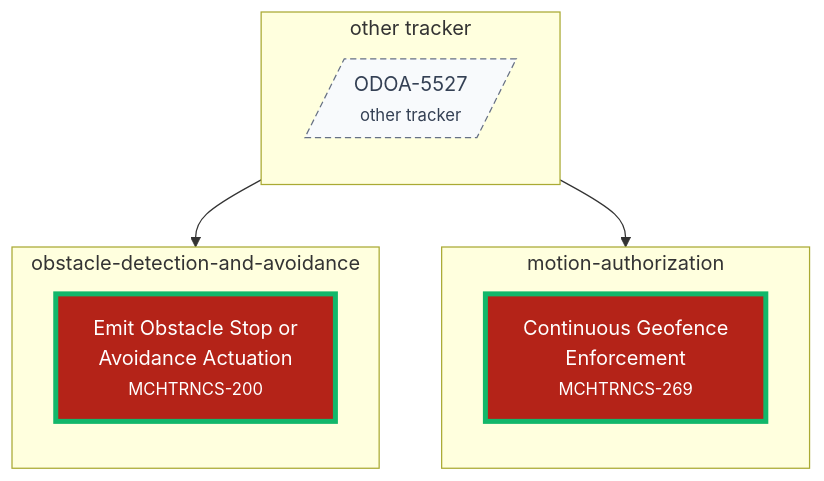
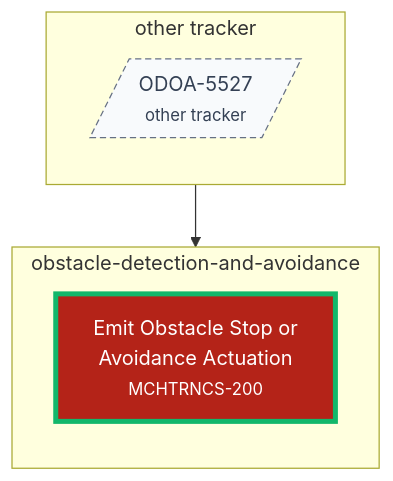
The diagram in agile-planning/embedded/dependency-dag.mmd (pjm-autonomous/prak-sysreq-mgmt), drawn with Mermaid before and after one commit. The commit also changed 3 other files, not shown here.

```diff
--- a/agile-planning/embedded/dependency-dag.mmd
+++ b/agile-planning/embedded/dependency-dag.mmd
@@ -1,34 +1,26 @@
 %% chain 1
 flowchart TB
   classDef must fill:#b42318,stroke:#7a0b02,color:#ffffff;
   classDef should fill:#ffbf00,stroke:#8a6d00,color:#111827;
   classDef could fill:#e6f0fd,stroke:#175cd3,color:#111827;
   classDef wont fill:#eceef2,stroke:#667085,color:#111827;
   classDef must_tts fill:#b42318,stroke:#7a0b02,stroke-width:4px,color:#ffffff;
   classDef should_tts fill:#ffbf00,stroke:#8a6d00,stroke-width:4px,color:#111827;
   classDef could_tts fill:#e6f0fd,stroke:#0b3a8f,stroke-width:4px,color:#111827;
   classDef wont_tts fill:#eceef2,stroke:#344054,stroke-width:4px,color:#111827;
   classDef note fill:#f8fafc,stroke:#94a3b8,color:#334155;
   classDef external fill:#f8fafc,stroke:#667085,stroke-dasharray:5 3,color:#344054;
   classDef estimated stroke:#12b76a;
-  subgraph sg_motion_authorization["motion-authorization"]
-    direction TB
-    n_epic_continuous_geofence_enforcement["Continuous Geofence<br/>Enforcement<br/><small>MCHTRNCS-269</small>"]
-  end
   subgraph sg_obstacle_detection_and_avoidance["obstacle-detection-and-avoidance"]
     direction TB
     n_epic_emit_obstacle_stop_avoidance["Emit Obstacle Stop or<br/>Avoidance Actuation<br/><small>MCHTRNCS-200</small>"]
   end
   subgraph sg_other_tracker["other tracker"]
     direction TB
     n_external_ODOA_5527[/"ODOA-5527<br/><small>other tracker</small>"/]
   end
-  n_external_ODOA_5527 --> n_epic_continuous_geofence_enforcement
   n_external_ODOA_5527 --> n_epic_emit_obstacle_stop_avoidance
-  click n_epic_continuous_geofence_enforcement "https://asirobots.atlassian.net/browse/MCHTRNCS-269" _blank
   click n_epic_emit_obstacle_stop_avoidance "https://asirobots.atlassian.net/browse/MCHTRNCS-200" _blank
-  class n_epic_continuous_geofence_enforcement must_tts;
-  class n_epic_continuous_geofence_enforcement estimated;
   class n_epic_emit_obstacle_stop_avoidance must_tts;
   class n_epic_emit_obstacle_stop_avoidance estimated;
   class n_external_ODOA_5527 external;
```
